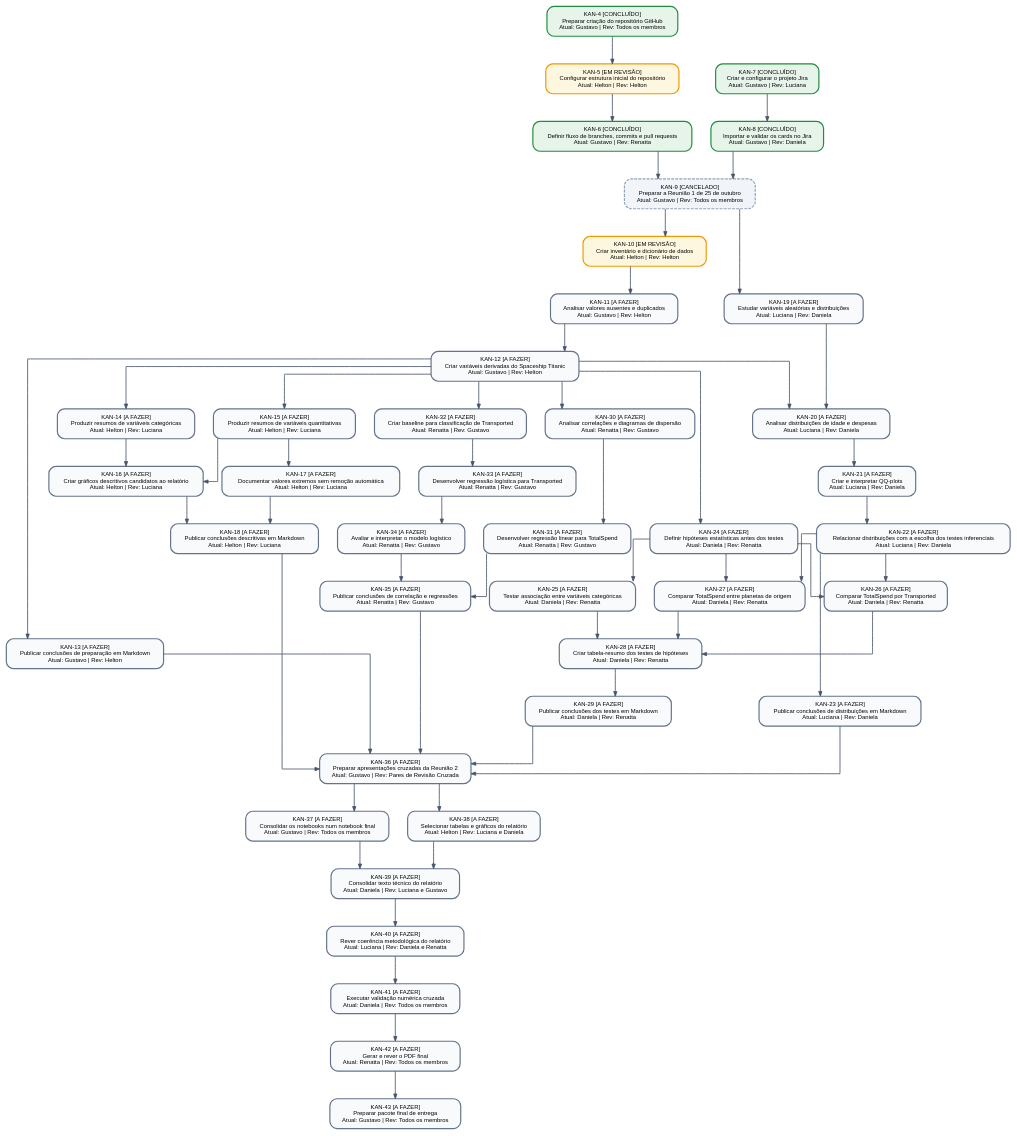
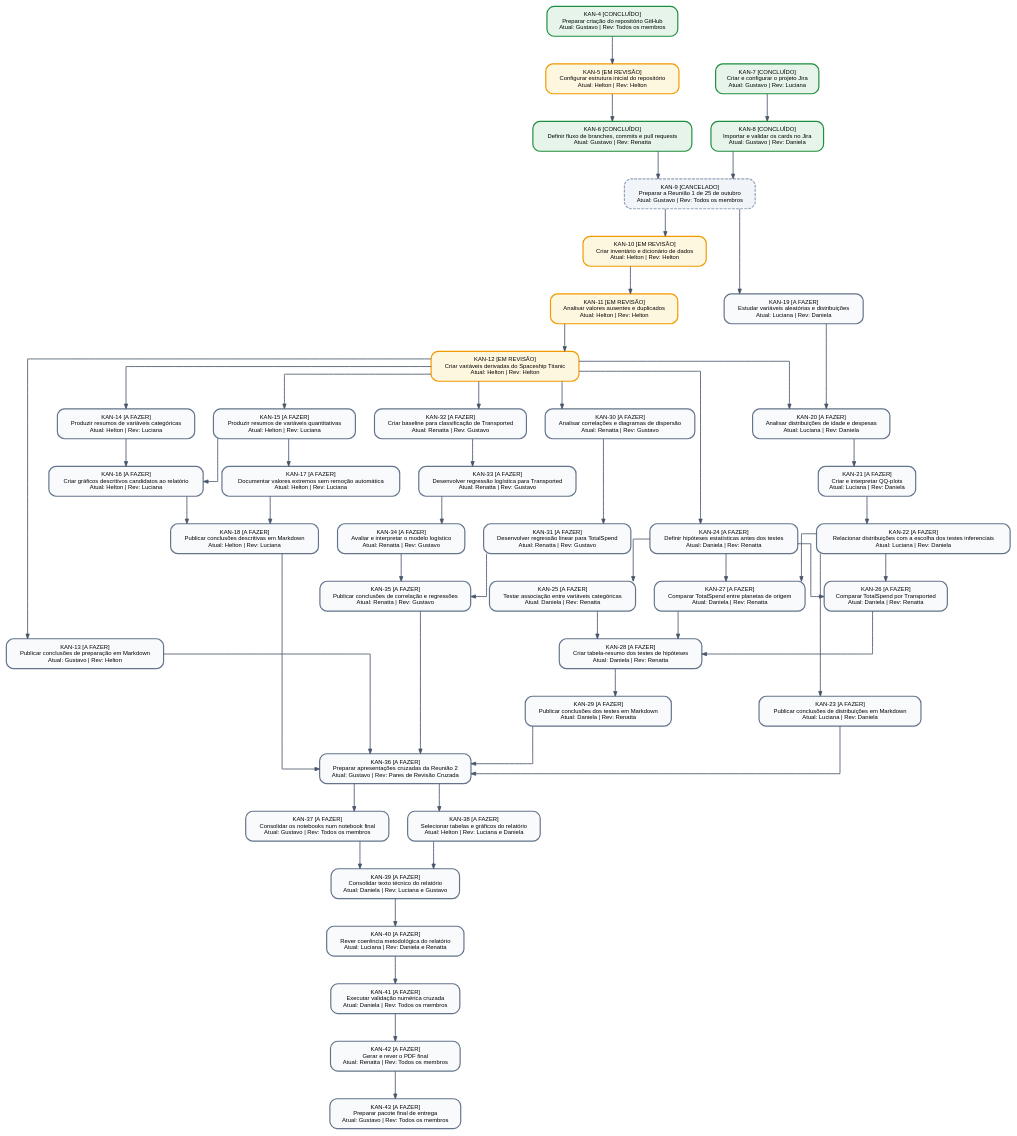
The diagram in docs/mapa_dependencias_jira.dot (gmenezesg/spaceship-titanic-estatistica-posdl), drawn with Graphviz before and after one commit. The commit also changed 9 other files, not shown here.

Commit message:
[KAN-12] Criar variáveis derivadas do Spaceship Titanic e exportar dataset limpo

```diff
--- a/docs/mapa_dependencias_jira.dot
+++ b/docs/mapa_dependencias_jira.dot
@@ -1,103 +1,103 @@
 digraph JiraDependencyMap {
     rankdir=TB;
     splines=ortho;
     nodesep=0.45;
     ranksep=0.65;
     fontname="Helvetica";
     node [shape=box, style="rounded,filled", fontname="Helvetica", fontsize=10, margin="0.18,0.12", penwidth=2.0];
     edge [color="#475569", penwidth=1.4, arrowsize=0.8];
 
     "KAN-4" [label="KAN-4 [CONCLUÍDO]\nPreparar criação do repositório GitHub\nAtual: Gustavo | Rev: Todos os membros", fillcolor="#E6F4EA", color="#1E8E3E", style="rounded,filled"];
     "KAN-5" [label="KAN-5 [EM REVISÃO]\nConfigurar estrutura inicial do repositório\nAtual: Helton | Rev: Helton", fillcolor="#FEF7E0", color="#F29900", style="rounded,filled"];
     "KAN-6" [label="KAN-6 [CONCLUÍDO]\nDefinir fluxo de branches, commits e pull requests\nAtual: Gustavo | Rev: Renatta", fillcolor="#E6F4EA", color="#1E8E3E", style="rounded,filled"];
     "KAN-7" [label="KAN-7 [CONCLUÍDO]\nCriar e configurar o projeto Jira\nAtual: Gustavo | Rev: Luciana", fillcolor="#E6F4EA", color="#1E8E3E", style="rounded,filled"];
     "KAN-8" [label="KAN-8 [CONCLUÍDO]\nImportar e validar os cards no Jira\nAtual: Gustavo | Rev: Daniela", fillcolor="#E6F4EA", color="#1E8E3E", style="rounded,filled"];
     "KAN-9" [label="KAN-9 [CANCELADO]\nPreparar a Reunião 1 de 25 de outubro\nAtual: Gustavo | Rev: Todos os membros", fillcolor="#F1F5F9", color="#94A3B8", style="rounded,filled,dashed"];
     "KAN-10" [label="KAN-10 [EM REVISÃO]\nCriar inventário e dicionário de dados\nAtual: Helton | Rev: Helton", fillcolor="#FEF7E0", color="#F29900", style="rounded,filled"];
-    "KAN-11" [label="KAN-11 [A FAZER]\nAnalisar valores ausentes e duplicados\nAtual: Gustavo | Rev: Helton", fillcolor="#F8FAFC", color="#64748B", style="rounded,filled"];
-    "KAN-12" [label="KAN-12 [A FAZER]\nCriar variáveis derivadas do Spaceship Titanic\nAtual: Gustavo | Rev: Helton", fillcolor="#F8FAFC", color="#64748B", style="rounded,filled"];
+    "KAN-11" [label="KAN-11 [EM REVISÃO]\nAnalisar valores ausentes e duplicados\nAtual: Helton | Rev: Helton", fillcolor="#FEF7E0", color="#F29900", style="rounded,filled"];
+    "KAN-12" [label="KAN-12 [EM REVISÃO]\nCriar variáveis derivadas do Spaceship Titanic\nAtual: Helton | Rev: Helton", fillcolor="#FEF7E0", color="#F29900", style="rounded,filled"];
     "KAN-13" [label="KAN-13 [A FAZER]\nPublicar conclusões de preparação em Markdown\nAtual: Gustavo | Rev: Helton", fillcolor="#F8FAFC", color="#64748B", style="rounded,filled"];
     "KAN-14" [label="KAN-14 [A FAZER]\nProduzir resumos de variáveis categóricas\nAtual: Helton | Rev: Luciana", fillcolor="#F8FAFC", color="#64748B", style="rounded,filled"];
     "KAN-15" [label="KAN-15 [A FAZER]\nProduzir resumos de variáveis quantitativas\nAtual: Helton | Rev: Luciana", fillcolor="#F8FAFC", color="#64748B", style="rounded,filled"];
     "KAN-16" [label="KAN-16 [A FAZER]\nCriar gráficos descritivos candidatos ao relatório\nAtual: Helton | Rev: Luciana", fillcolor="#F8FAFC", color="#64748B", style="rounded,filled"];
     "KAN-17" [label="KAN-17 [A FAZER]\nDocumentar valores extremos sem remoção automática\nAtual: Helton | Rev: Luciana", fillcolor="#F8FAFC", color="#64748B", style="rounded,filled"];
     "KAN-18" [label="KAN-18 [A FAZER]\nPublicar conclusões descritivas em Markdown\nAtual: Helton | Rev: Luciana", fillcolor="#F8FAFC", color="#64748B", style="rounded,filled"];
     "KAN-19" [label="KAN-19 [A FAZER]\nEstudar variáveis aleatórias e distribuições\nAtual: Luciana | Rev: Daniela", fillcolor="#F8FAFC", color="#64748B", style="rounded,filled"];
     "KAN-20" [label="KAN-20 [A FAZER]\nAnalisar distribuições de idade e despesas\nAtual: Luciana | Rev: Daniela", fillcolor="#F8FAFC", color="#64748B", style="rounded,filled"];
     "KAN-21" [label="KAN-21 [A FAZER]\nCriar e interpretar QQ-plots\nAtual: Luciana | Rev: Daniela", fillcolor="#F8FAFC", color="#64748B", style="rounded,filled"];
     "KAN-22" [label="KAN-22 [A FAZER]\nRelacionar distribuições com a escolha dos testes inferenciais\nAtual: Luciana | Rev: Daniela", fillcolor="#F8FAFC", color="#64748B", style="rounded,filled"];
     "KAN-23" [label="KAN-23 [A FAZER]\nPublicar conclusões de distribuições em Markdown\nAtual: Luciana | Rev: Daniela", fillcolor="#F8FAFC", color="#64748B", style="rounded,filled"];
     "KAN-24" [label="KAN-24 [A FAZER]\nDefinir hipóteses estatísticas antes dos testes\nAtual: Daniela | Rev: Renatta", fillcolor="#F8FAFC", color="#64748B", style="rounded,filled"];
     "KAN-25" [label="KAN-25 [A FAZER]\nTestar associação entre variáveis categóricas\nAtual: Daniela | Rev: Renatta", fillcolor="#F8FAFC", color="#64748B", style="rounded,filled"];
     "KAN-26" [label="KAN-26 [A FAZER]\nComparar TotalSpend por Transported\nAtual: Daniela | Rev: Renatta", fillcolor="#F8FAFC", color="#64748B", style="rounded,filled"];
     "KAN-27" [label="KAN-27 [A FAZER]\nComparar TotalSpend entre planetas de origem\nAtual: Daniela | Rev: Renatta", fillcolor="#F8FAFC", color="#64748B", style="rounded,filled"];
     "KAN-28" [label="KAN-28 [A FAZER]\nCriar tabela-resumo dos testes de hipóteses\nAtual: Daniela | Rev: Renatta", fillcolor="#F8FAFC", color="#64748B", style="rounded,filled"];
     "KAN-29" [label="KAN-29 [A FAZER]\nPublicar conclusões dos testes em Markdown\nAtual: Daniela | Rev: Renatta", fillcolor="#F8FAFC", color="#64748B", style="rounded,filled"];
     "KAN-30" [label="KAN-30 [A FAZER]\nAnalisar correlações e diagramas de dispersão\nAtual: Renatta | Rev: Gustavo", fillcolor="#F8FAFC", color="#64748B", style="rounded,filled"];
     "KAN-31" [label="KAN-31 [A FAZER]\nDesenvolver regressão linear para TotalSpend\nAtual: Renatta | Rev: Gustavo", fillcolor="#F8FAFC", color="#64748B", style="rounded,filled"];
     "KAN-32" [label="KAN-32 [A FAZER]\nCriar baseline para classificação de Transported\nAtual: Renatta | Rev: Gustavo", fillcolor="#F8FAFC", color="#64748B", style="rounded,filled"];
     "KAN-33" [label="KAN-33 [A FAZER]\nDesenvolver regressão logística para Transported\nAtual: Renatta | Rev: Gustavo", fillcolor="#F8FAFC", color="#64748B", style="rounded,filled"];
     "KAN-34" [label="KAN-34 [A FAZER]\nAvaliar e interpretar o modelo logístico\nAtual: Renatta | Rev: Gustavo", fillcolor="#F8FAFC", color="#64748B", style="rounded,filled"];
     "KAN-35" [label="KAN-35 [A FAZER]\nPublicar conclusões de correlação e regressões\nAtual: Renatta | Rev: Gustavo", fillcolor="#F8FAFC", color="#64748B", style="rounded,filled"];
     "KAN-36" [label="KAN-36 [A FAZER]\nPreparar apresentações cruzadas da Reunião 2\nAtual: Gustavo | Rev: Pares de Revisão Cruzada", fillcolor="#F8FAFC", color="#64748B", style="rounded,filled"];
     "KAN-37" [label="KAN-37 [A FAZER]\nConsolidar os notebooks num notebook final\nAtual: Gustavo | Rev: Todos os membros", fillcolor="#F8FAFC", color="#64748B", style="rounded,filled"];
     "KAN-38" [label="KAN-38 [A FAZER]\nSelecionar tabelas e gráficos do relatório\nAtual: Helton | Rev: Luciana e Daniela", fillcolor="#F8FAFC", color="#64748B", style="rounded,filled"];
     "KAN-39" [label="KAN-39 [A FAZER]\nConsolidar texto técnico do relatório\nAtual: Daniela | Rev: Luciana e Gustavo", fillcolor="#F8FAFC", color="#64748B", style="rounded,filled"];
     "KAN-40" [label="KAN-40 [A FAZER]\nRever coerência metodológica do relatório\nAtual: Luciana | Rev: Daniela e Renatta", fillcolor="#F8FAFC", color="#64748B", style="rounded,filled"];
     "KAN-41" [label="KAN-41 [A FAZER]\nExecutar validação numérica cruzada\nAtual: Daniela | Rev: Todos os membros", fillcolor="#F8FAFC", color="#64748B", style="rounded,filled"];
     "KAN-42" [label="KAN-42 [A FAZER]\nGerar e rever o PDF final\nAtual: Renatta | Rev: Todos os membros", fillcolor="#F8FAFC", color="#64748B", style="rounded,filled"];
     "KAN-43" [label="KAN-43 [A FAZER]\nPreparar pacote final de entrega\nAtual: Gustavo | Rev: Todos os membros", fillcolor="#F8FAFC", color="#64748B", style="rounded,filled"];
 
     "KAN-4" -> "KAN-5";
     "KAN-5" -> "KAN-6";
     "KAN-7" -> "KAN-8";
     "KAN-6" -> "KAN-9";
     "KAN-8" -> "KAN-9";
     "KAN-9" -> "KAN-10";
     "KAN-10" -> "KAN-11";
     "KAN-11" -> "KAN-12";
     "KAN-12" -> "KAN-13";
     "KAN-12" -> "KAN-14";
     "KAN-12" -> "KAN-15";
     "KAN-14" -> "KAN-16";
     "KAN-15" -> "KAN-16";
     "KAN-15" -> "KAN-17";
     "KAN-16" -> "KAN-18";
     "KAN-17" -> "KAN-18";
     "KAN-9" -> "KAN-19";
     "KAN-12" -> "KAN-20";
     "KAN-19" -> "KAN-20";
     "KAN-20" -> "KAN-21";
     "KAN-21" -> "KAN-22";
     "KAN-22" -> "KAN-23";
     "KAN-12" -> "KAN-24";
     "KAN-24" -> "KAN-25";
     "KAN-22" -> "KAN-26";
     "KAN-24" -> "KAN-26";
     "KAN-22" -> "KAN-27";
     "KAN-24" -> "KAN-27";
     "KAN-25" -> "KAN-28";
     "KAN-26" -> "KAN-28";
     "KAN-27" -> "KAN-28";
     "KAN-28" -> "KAN-29";
     "KAN-12" -> "KAN-30";
     "KAN-30" -> "KAN-31";
     "KAN-12" -> "KAN-32";
     "KAN-32" -> "KAN-33";
     "KAN-33" -> "KAN-34";
     "KAN-34" -> "KAN-35";
     "KAN-31" -> "KAN-35";
     "KAN-13" -> "KAN-36";
     "KAN-18" -> "KAN-36";
     "KAN-23" -> "KAN-36";
     "KAN-29" -> "KAN-36";
     "KAN-35" -> "KAN-36";
     "KAN-36" -> "KAN-37";
     "KAN-36" -> "KAN-38";
     "KAN-37" -> "KAN-39";
     "KAN-38" -> "KAN-39";
     "KAN-39" -> "KAN-40";
     "KAN-40" -> "KAN-41";
     "KAN-41" -> "KAN-42";
     "KAN-42" -> "KAN-43";
 }
```
